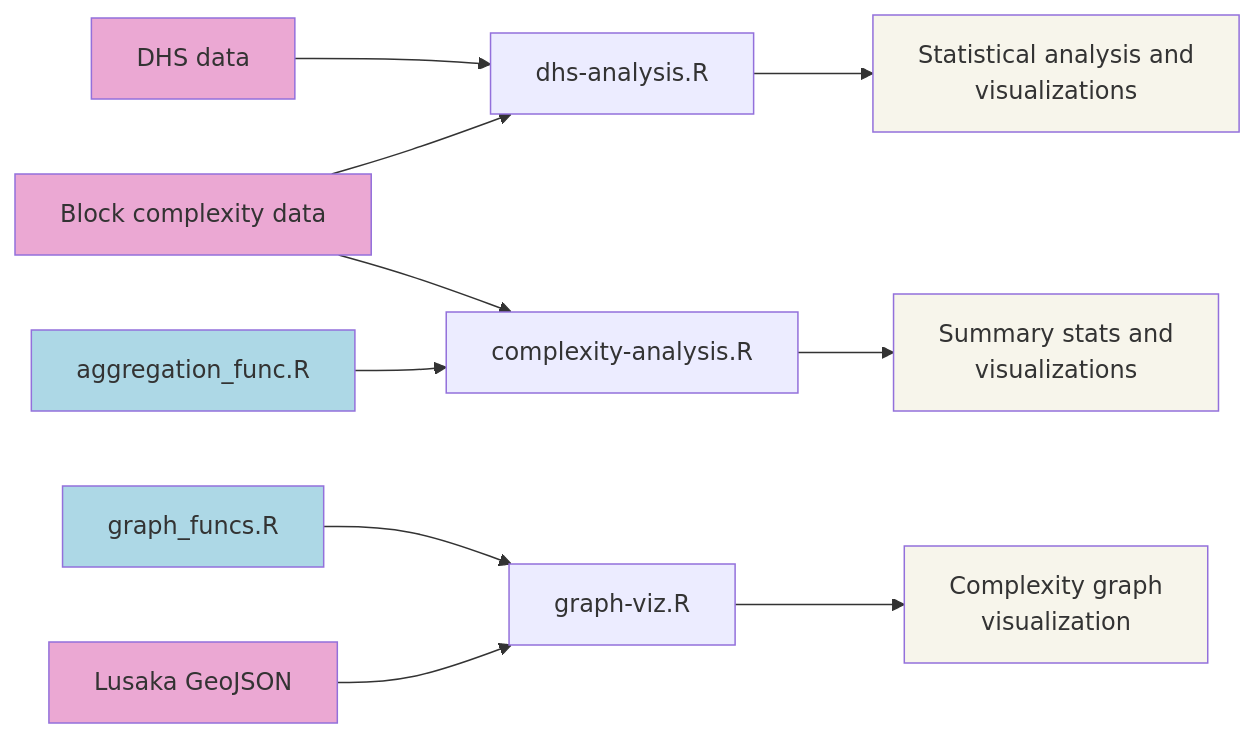
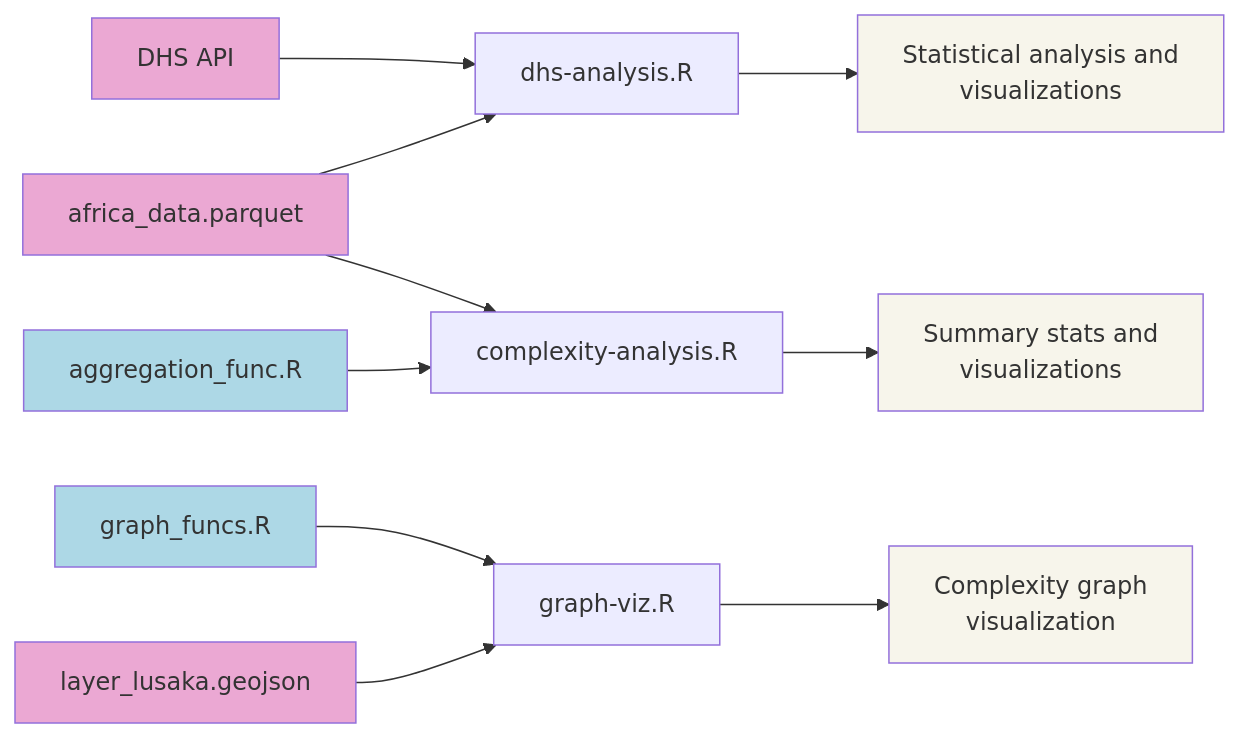
One commit to mansueto-institute/kblock-analysis changed the diagram in ReadMe.md. Above: the diagram before and after it, drawn with Mermaid.

````diff
--- a/ReadMe.md
+++ b/ReadMe.md
@@ -22,24 +22,24 @@
 ```mermaid
 graph LR
-G[DHS data] --> C
-A[Block complexity data] --> B[complexity-analysis.R]
+G[DHS API] --> C
+A[africa_data.parquet] --> B[complexity-analysis.R]
 E[aggregation_func.R] --> B
 A --> C[dhs-analysis.R]
 B --> Z[Summary stats and<br>visualizations]
 C --> X[Statistical analysis and<br>visualizations]
 
 F[graph_funcs.R] --> D[graph-viz.R]
-J[Lusaka GeoJSON] --> D
+J[layer_lusaka.geojson] --> D
 D --> Y[Complexity graph<br>visualization]
 
 style A fill:#eba8d3
 style G fill:#eba8d3
 style J fill:#eba8d3
 
 style Z fill: #f7f5eb
 style X fill: #f7f5eb
 style Y fill: #f7f5eb
 
 style F fill: #ADD8E6
 style E fill: #ADD8E6
 ```
````
